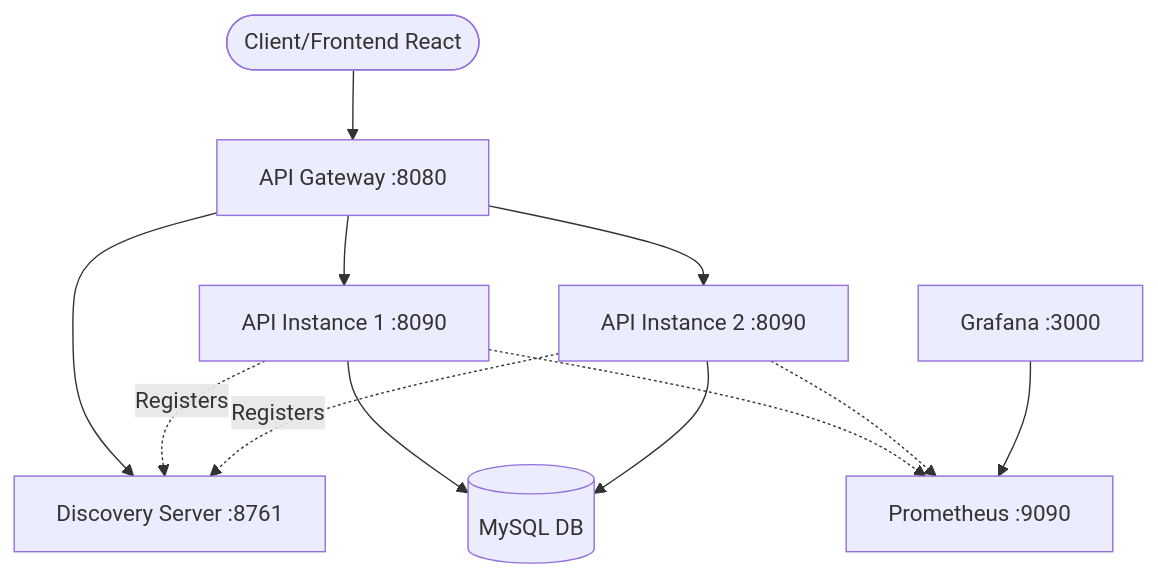
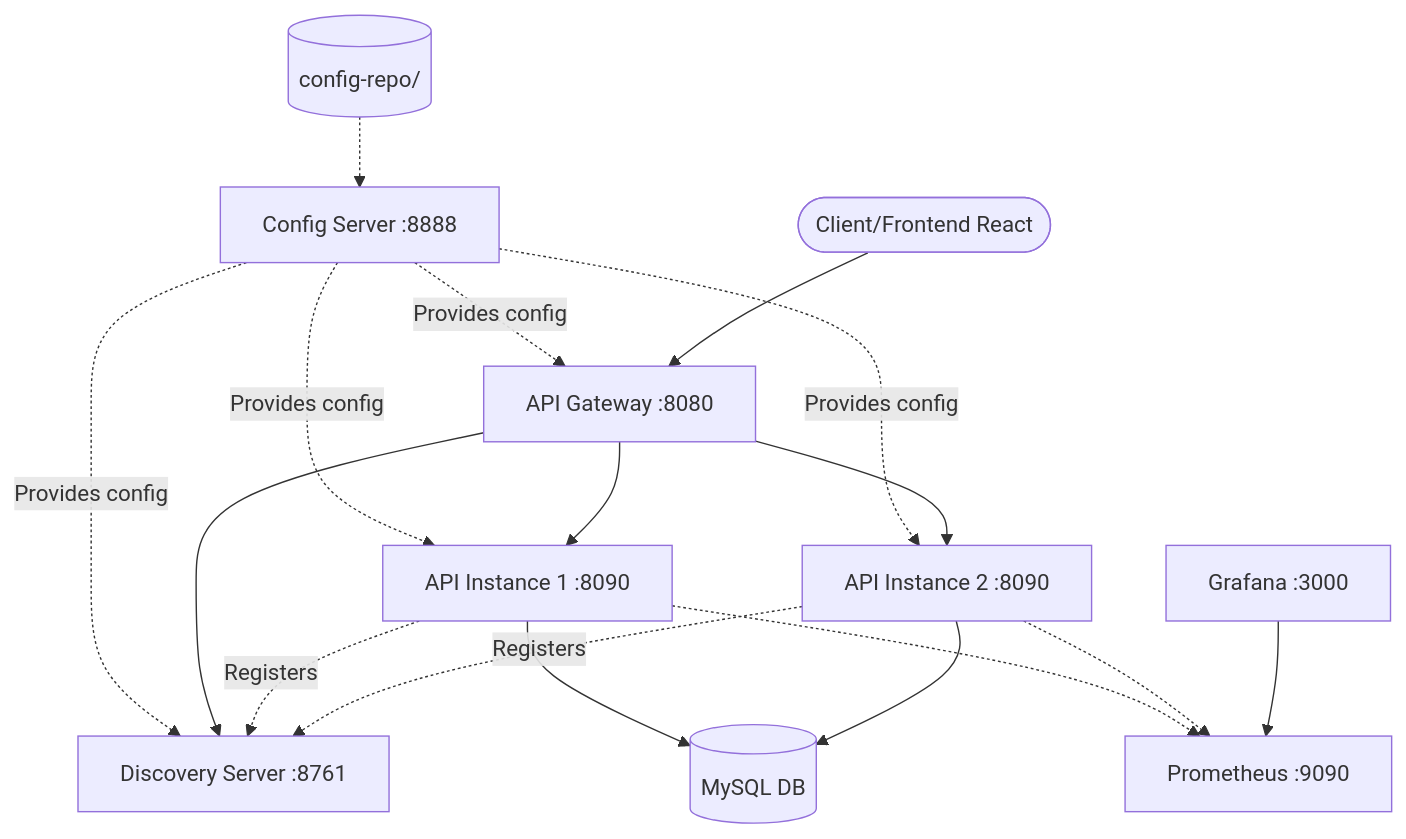
One commit to juanmorschrott/api-rest changed the diagram in README.md. Above: the diagram before and after it, drawn with Mermaid. The commit also changed other lines of this file and 36 other files, not shown here.

Commit message:
Add config-server

````diff
--- a/README.md
+++ b/README.md
@@ -24,14 +25,19 @@
 ```mermaid
 graph TD
+    ConfigStore[(config-repo/)] -.-> Config[Config Server :8888]
+    Config -.-> |Provides config| Gateway
+    Config -.-> |Provides config| Discovery
+    Config -.-> |Provides config| API1
+    Config -.-> |Provides config| API2
     Client([Client/Frontend React]) --> Gateway[API Gateway :8080]
     Gateway --> Discovery[Discovery Server :8761]
     Gateway --> API1[API Instance 1 :8090]
     Gateway --> API2[API Instance 2 :8090]
     API1 -.-> |Registers| Discovery
     API2 -.-> |Registers| Discovery
     API1 --> DB[(MySQL DB)]
     API2 --> DB[(MySQL DB)]
     API1 -.-> Prometheus[Prometheus Metrics]
     API2 -.-> Prometheus
     Grafana[Grafana :3000] --> Prometheus[Prometheus :9090]
 ```
````
